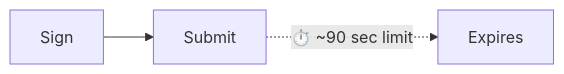
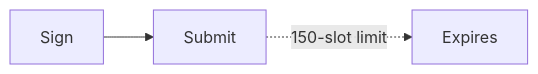
One commit to solana-foundation/solana-com changed the second of 2 diagrams in apps/docs/content/docs/en/payments/advanced-payments/deferred-execution.mdx. Above: the diagram before and after it, drawn with Mermaid. The commit also changed other lines of this file and 9 other files, not shown here.

````diff
--- a/apps/docs/content/docs/en/payments/advanced-payments/deferred-execution.mdx
+++ b/apps/docs/content/docs/en/payments/advanced-payments/deferred-execution.mdx
@@ -43,5 +45,5 @@
 ```mermaid title="Standard Blockhash"
 flowchart LR
     S1[Sign] --> S2[Submit]
-    S2 -. "⏱️ ~90 sec limit" .-> S3[Expires]
+    S2 -. "150-slot limit" .-> S3[Expires]
 ```
````
